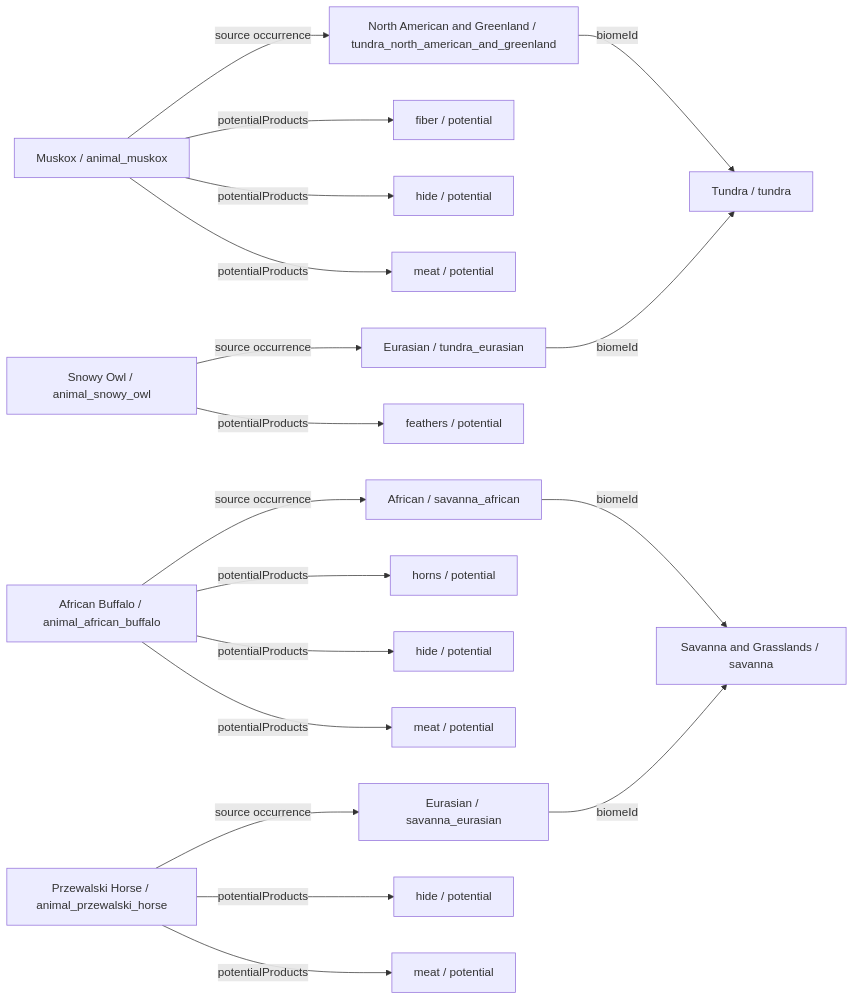
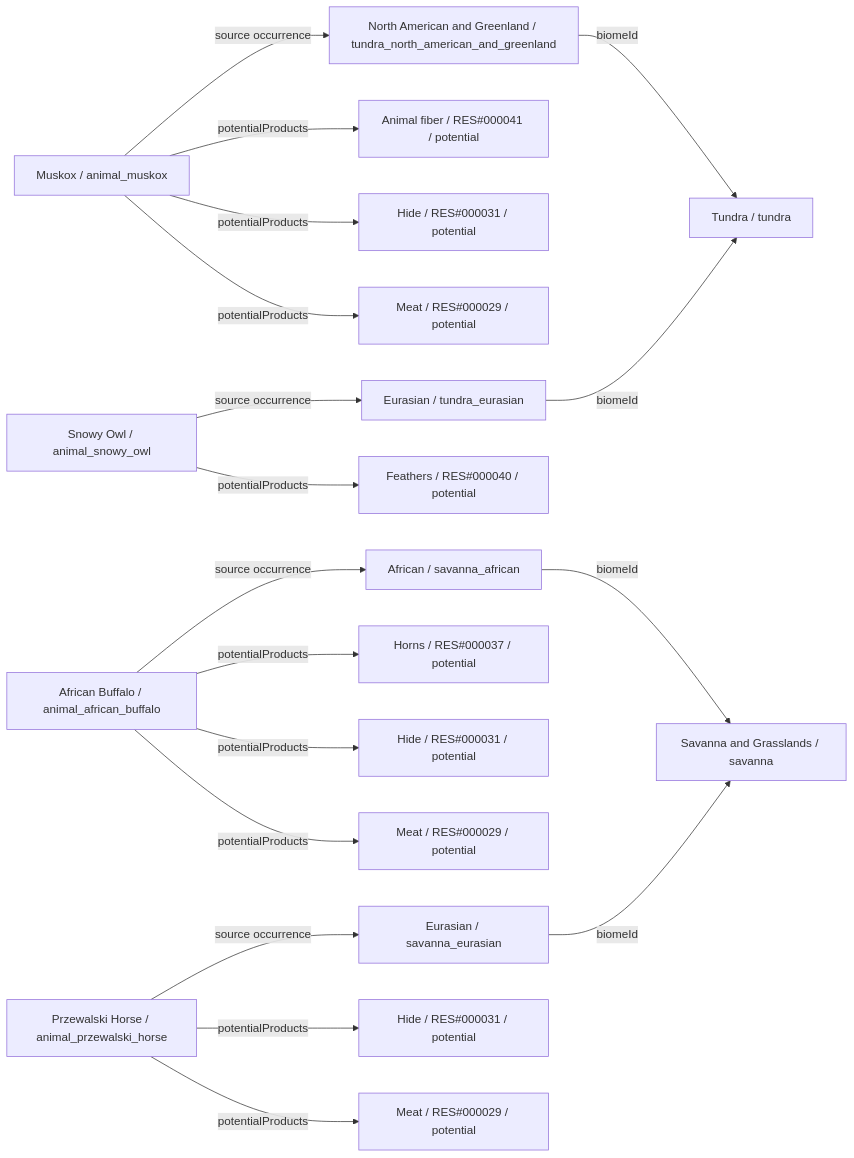
The fourth of 34 diagrams in data/animals/DIAGRAMS.md (fgabo404/EvolveDoc), drawn with Mermaid before and after one commit. The commit also changed other lines of this file and 50 other files, not shown here.

````diff
--- a/data/animals/DIAGRAMS.md
+++ b/data/animals/DIAGRAMS.md
@@ -276,39 +276,39 @@
 ```mermaid
 flowchart LR
     c0["Muskox / animal_muskox"]
     v8["North American and Greenland / tundra_north_american_and_greenland"]
     b2["Tundra / tundra"]
-    o0_0["meat / potential"]
-    o0_1["hide / potential"]
-    o0_2["fiber / potential"]
+    o0_0["Meat / RES#000029 / potential"]
+    o0_1["Hide / RES#000031 / potential"]
+    o0_2["Animal fiber / RES#000041 / potential"]
     c1["African Buffalo / animal_african_buffalo"]
     v11["African / savanna_african"]
     b3["Savanna and Grasslands / savanna"]
-    o1_0["meat / potential"]
-    o1_1["hide / potential"]
-    o1_2["horns / potential"]
+    o1_0["Meat / RES#000029 / potential"]
+    o1_1["Hide / RES#000031 / potential"]
+    o1_2["Horns / RES#000037 / potential"]
     c2["Snowy Owl / animal_snowy_owl"]
     v9["Eurasian / tundra_eurasian"]
-    o2_0["feathers / potential"]
+    o2_0["Feathers / RES#000040 / potential"]
     c3["Przewalski Horse / animal_przewalski_horse"]
     v13["Eurasian / savanna_eurasian"]
-    o3_0["meat / potential"]
-    o3_1["hide / potential"]
+    o3_0["Meat / RES#000029 / potential"]
+    o3_1["Hide / RES#000031 / potential"]
     c0 -->|potentialProducts| o0_0
     c0 -->|potentialProducts| o0_1
     c0 -->|potentialProducts| o0_2
     c0 -->|source occurrence| v8
     c1 -->|potentialProducts| o1_0
     c1 -->|potentialProducts| o1_1
     c1 -->|potentialProducts| o1_2
     c1 -->|source occurrence| v11
     c2 -->|potentialProducts| o2_0
     c2 -->|source occurrence| v9
     c3 -->|potentialProducts| o3_0
     c3 -->|potentialProducts| o3_1
     c3 -->|source occurrence| v13
     v11 -->|biomeId| b3
     v13 -->|biomeId| b3
     v8 -->|biomeId| b2
     v9 -->|biomeId| b2
 ```
````
